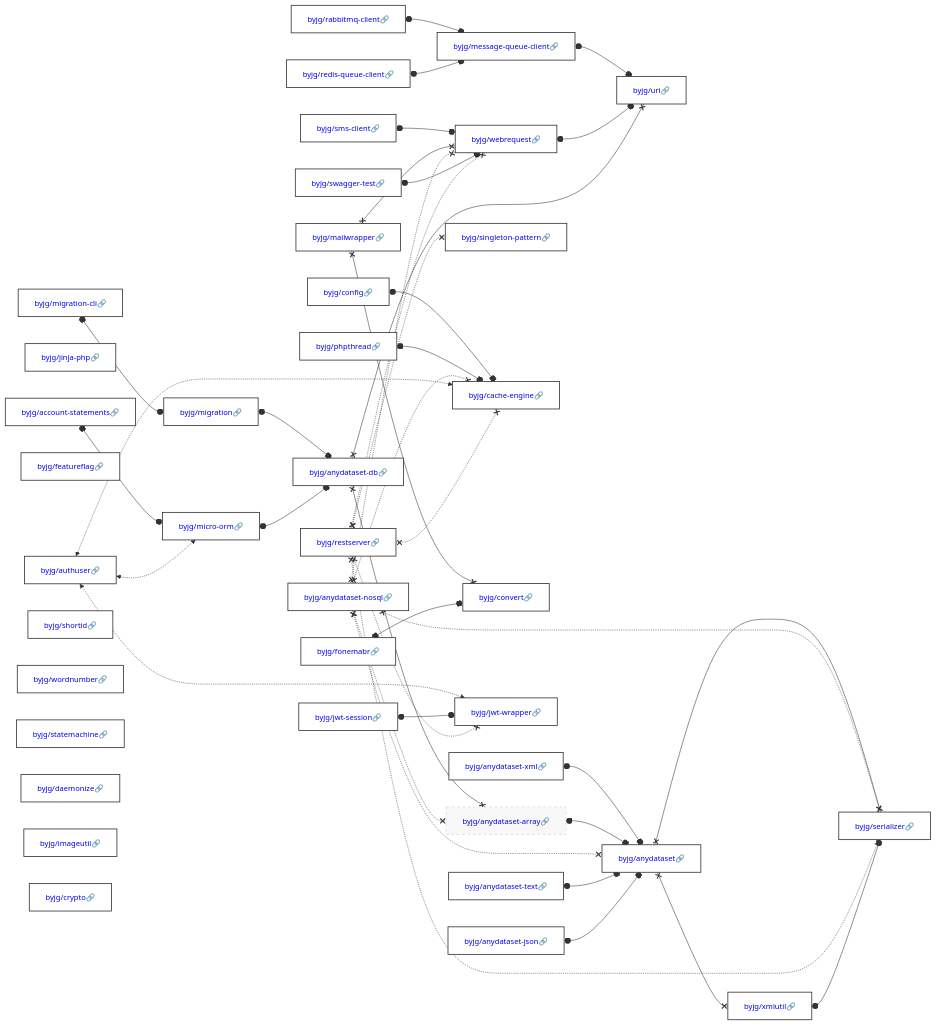
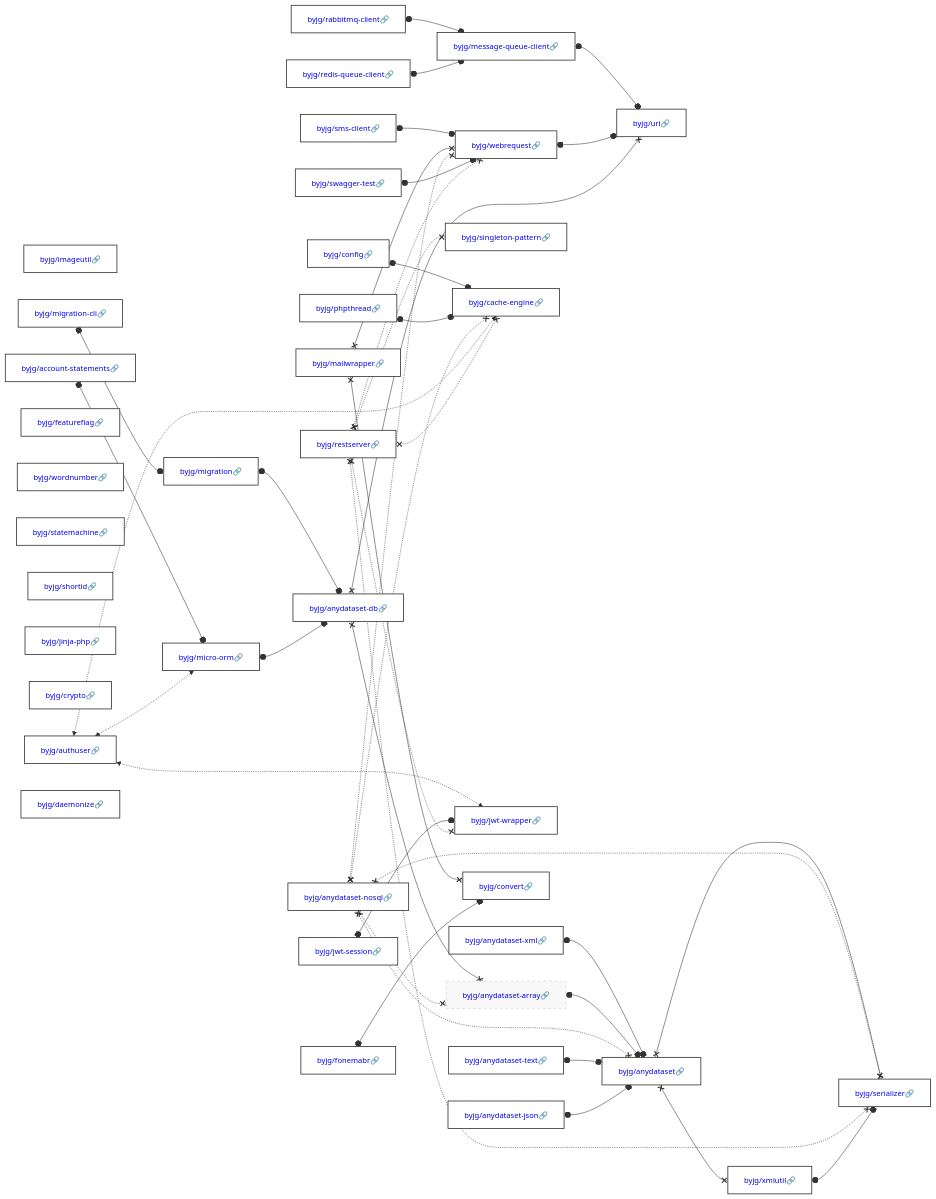
Before and after one commit to byjg/byjg.github.io: the diagram in docs/php/README.md, drawn with Mermaid. The commit also changed other lines of this file, not shown here.

Commit message:
Update documentation 'php' 'php-migration'

````diff
--- a/docs/php/README.md
+++ b/docs/php/README.md
@@ -3,38 +3,38 @@
 ```mermaid
 graph LR;
+  byjg/config[<a href='https://opensource.byjg.com/docs/php/config' style='text-decoration:none'>byjg/config🔗</a>];
+  byjg/phpthread[<a href='https://opensource.byjg.com/docs/php/phpthread' style='text-decoration:none'>byjg/phpthread🔗</a>];
+  byjg/anydataset-nosql[<a href='https://opensource.byjg.com/docs/php/anydataset-nosql' style='text-decoration:none'>byjg/anydataset-nosql🔗</a>];
+  byjg/imageutil[<a href='https://opensource.byjg.com/docs/php/imageutil' style='text-decoration:none'>byjg/imageutil🔗</a>];
+  byjg/swagger-test[<a href='https://opensource.byjg.com/docs/php/swagger-test' style='text-decoration:none'>byjg/swagger-test🔗</a>];
+  byjg/fonemabr[<a href='https://opensource.byjg.com/docs/php/fonemabr' style='text-decoration:none'>byjg/fonemabr🔗</a>];
+  byjg/account-statements[<a href='https://opensource.byjg.com/docs/php/account-statements' style='text-decoration:none'>byjg/account-statements🔗</a>];
+  byjg/jwt-session[<a href='https://opensource.byjg.com/docs/php/jwt-session' style='text-decoration:none'>byjg/jwt-session🔗</a>];
+  byjg/authuser[<a href='https://opensource.byjg.com/docs/php/authuser' style='text-decoration:none'>byjg/authuser🔗</a>];
+  byjg/featureflag[<a href='https://opensource.byjg.com/docs/php/featureflag' style='text-decoration:none'>byjg/featureflag🔗</a>];
+  byjg/wordnumber[<a href='https://opensource.byjg.com/docs/php/wordnumber' style='text-decoration:none'>byjg/wordnumber🔗</a>];
+  byjg/sms-client[<a href='https://opensource.byjg.com/docs/php/sms-client' style='text-decoration:none'>byjg/sms-client🔗</a>];
+  byjg/statemachine[<a href='https://opensource.byjg.com/docs/php/statemachine' style='text-decoration:none'>byjg/statemachine🔗</a>];
+  byjg/shortid[<a href='https://opensource.byjg.com/docs/php/shortid' style='text-decoration:none'>byjg/shortid🔗</a>];
+  byjg/restserver[<a href='https://opensource.byjg.com/docs/php/restserver' style='text-decoration:none'>byjg/restserver🔗</a>];
+  byjg/jinja-php[<a href='https://opensource.byjg.com/docs/php/jinja-php' style='text-decoration:none'>byjg/jinja-php🔗</a>];
+  byjg/anydataset-json[<a href='https://opensource.byjg.com/docs/php/anydataset-json' style='text-decoration:none'>byjg/anydataset-json🔗</a>];
+  byjg/crypto[<a href='https://opensource.byjg.com/docs/php/crypto' style='text-decoration:none'>byjg/crypto🔗</a>];
+  byjg/rabbitmq-client[<a href='https://opensource.byjg.com/docs/php/rabbitmq-client' style='text-decoration:none'>byjg/rabbitmq-client🔗</a>];
+  byjg/redis-queue-client[<a href='https://opensource.byjg.com/docs/php/redis-queue-client' style='text-decoration:none'>byjg/redis-queue-client🔗</a>];
+  byjg/mailwrapper[<a href='https://opensource.byjg.com/docs/php/mailwrapper' style='text-decoration:none'>byjg/mailwrapper🔗</a>];
+  byjg/migration-cli[<a href='https://opensource.byjg.com/docs/php/migration-cli' style='text-decoration:none'>byjg/migration-cli🔗</a>];
+  byjg/daemonize[<a href='https://opensource.byjg.com/docs/php/daemonize' style='text-decoration:none'>byjg/daemonize🔗</a>];
   byjg/anydataset-text[<a href='https://opensource.byjg.com/docs/php/anydataset-text' style='text-decoration:none'>byjg/anydataset-text🔗</a>];
-  byjg/phpthread[<a href='https://opensource.byjg.com/docs/php/phpthread' style='text-decoration:none'>byjg/phpthread🔗</a>];
-  byjg/migration-cli[<a href='https://opensource.byjg.com/docs/php/migration-cli' style='text-decoration:none'>byjg/migration-cli🔗</a>];
-  byjg/jinja-php[<a href='https://opensource.byjg.com/docs/php/jinja-php' style='text-decoration:none'>byjg/jinja-php🔗</a>];
-  byjg/swagger-test[<a href='https://opensource.byjg.com/docs/php/swagger-test' style='text-decoration:none'>byjg/swagger-test🔗</a>];
-  byjg/account-statements[<a href='https://opensource.byjg.com/docs/php/account-statements' style='text-decoration:none'>byjg/account-statements🔗</a>];
-  byjg/featureflag[<a href='https://opensource.byjg.com/docs/php/featureflag' style='text-decoration:none'>byjg/featureflag🔗</a>];
-  byjg/authuser[<a href='https://opensource.byjg.com/docs/php/authuser' style='text-decoration:none'>byjg/authuser🔗</a>];
-  byjg/shortid[<a href='https://opensource.byjg.com/docs/php/shortid' style='text-decoration:none'>byjg/shortid🔗</a>];
-  byjg/wordnumber[<a href='https://opensource.byjg.com/docs/php/wordnumber' style='text-decoration:none'>byjg/wordnumber🔗</a>];
-  byjg/fonemabr[<a href='https://opensource.byjg.com/docs/php/fonemabr' style='text-decoration:none'>byjg/fonemabr🔗</a>];
-  byjg/statemachine[<a href='https://opensource.byjg.com/docs/php/statemachine' style='text-decoration:none'>byjg/statemachine🔗</a>];
-  byjg/anydataset-nosql[<a href='https://opensource.byjg.com/docs/php/anydataset-nosql' style='text-decoration:none'>byjg/anydataset-nosql🔗</a>];
-  byjg/config[<a href='https://opensource.byjg.com/docs/php/config' style='text-decoration:none'>byjg/config🔗</a>];
-  byjg/daemonize[<a href='https://opensource.byjg.com/docs/php/daemonize' style='text-decoration:none'>byjg/daemonize🔗</a>];
-  byjg/sms-client[<a href='https://opensource.byjg.com/docs/php/sms-client' style='text-decoration:none'>byjg/sms-client🔗</a>];
-  byjg/imageutil[<a href='https://opensource.byjg.com/docs/php/imageutil' style='text-decoration:none'>byjg/imageutil🔗</a>];
-  byjg/anydataset-json[<a href='https://opensource.byjg.com/docs/php/anydataset-json' style='text-decoration:none'>byjg/anydataset-json🔗</a>];
-  byjg/restserver[<a href='https://opensource.byjg.com/docs/php/restserver' style='text-decoration:none'>byjg/restserver🔗</a>];
-  byjg/redis-queue-client[<a href='https://opensource.byjg.com/docs/php/redis-queue-client' style='text-decoration:none'>byjg/redis-queue-client🔗</a>];
-  byjg/crypto[<a href='https://opensource.byjg.com/docs/php/crypto' style='text-decoration:none'>byjg/crypto🔗</a>];
-  byjg/mailwrapper[<a href='https://opensource.byjg.com/docs/php/mailwrapper' style='text-decoration:none'>byjg/mailwrapper🔗</a>];
-  byjg/jwt-session[<a href='https://opensource.byjg.com/docs/php/jwt-session' style='text-decoration:none'>byjg/jwt-session🔗</a>];
-  byjg/rabbitmq-client[<a href='https://opensource.byjg.com/docs/php/rabbitmq-client' style='text-decoration:none'>byjg/rabbitmq-client🔗</a>];
   byjg/anydataset-xml[<a href='https://opensource.byjg.com/docs/php/anydataset-xml' style='text-decoration:none'>byjg/anydataset-xml🔗</a>];
-  byjg/migration[<a href='https://opensource.byjg.com/docs/php/migration' style='text-decoration:none'>byjg/migration🔗</a>];
   byjg/micro-orm[<a href='https://opensource.byjg.com/docs/php/micro-orm' style='text-decoration:none'>byjg/micro-orm🔗</a>];
   byjg/singleton-pattern[<a href='https://opensource.byjg.com/docs/php/singleton-pattern' style='text-decoration:none'>byjg/singleton-pattern🔗</a>];
   byjg/cache-engine[<a href='https://opensource.byjg.com/docs/php/cache-engine' style='text-decoration:none'>byjg/cache-engine🔗</a>];
+  byjg/jwt-wrapper[<a href='https://opensource.byjg.com/docs/php/jwt-wrapper' style='text-decoration:none'>byjg/jwt-wrapper🔗</a>];
+  byjg/message-queue-client[<a href='https://opensource.byjg.com/docs/php/message-queue-client' style='text-decoration:none'>byjg/message-queue-client🔗</a>];
   byjg/convert[<a href='https://opensource.byjg.com/docs/php/convert' style='text-decoration:none'>byjg/convert🔗</a>];
   byjg/webrequest[<a href='https://opensource.byjg.com/docs/php/webrequest' style='text-decoration:none'>byjg/webrequest🔗</a>];
-  byjg/jwt-wrapper[<a href='https://opensource.byjg.com/docs/php/jwt-wrapper' style='text-decoration:none'>byjg/jwt-wrapper🔗</a>];
-  byjg/message-queue-client[<a href='https://opensource.byjg.com/docs/php/message-queue-client' style='text-decoration:none'>byjg/message-queue-client🔗</a>];
+  byjg/migration[<a href='https://opensource.byjg.com/docs/php/migration' style='text-decoration:none'>byjg/migration🔗</a>];
   byjg/anydataset-db[<a href='https://opensource.byjg.com/docs/php/anydataset-db' style='text-decoration:none'>byjg/anydataset-db🔗</a>];
   byjg/anydataset-array[<a href='https://opensource.byjg.com/docs/php/anydataset-array' style='text-decoration:none'>byjg/anydataset-array🔗</a>];
   byjg/uri[<a href='https://opensource.byjg.com/docs/php/uri' style='text-decoration:none'>byjg/uri🔗</a>];
````
